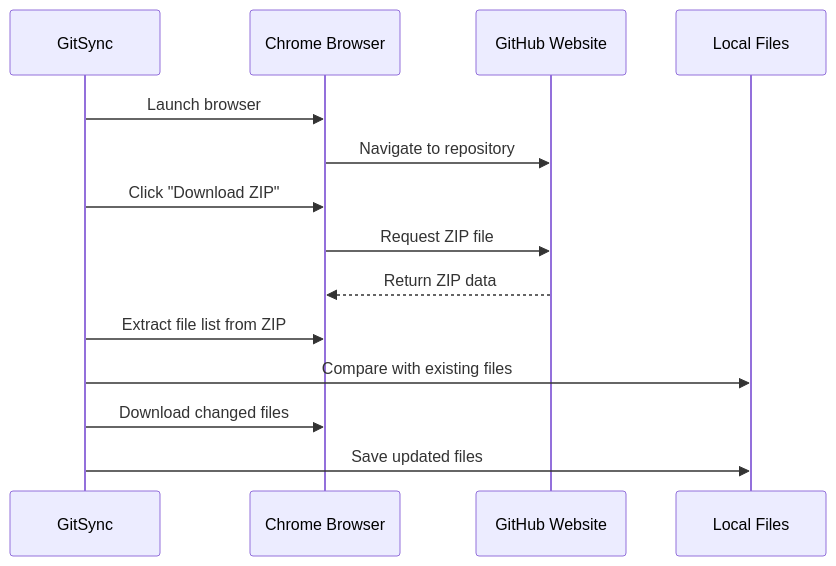
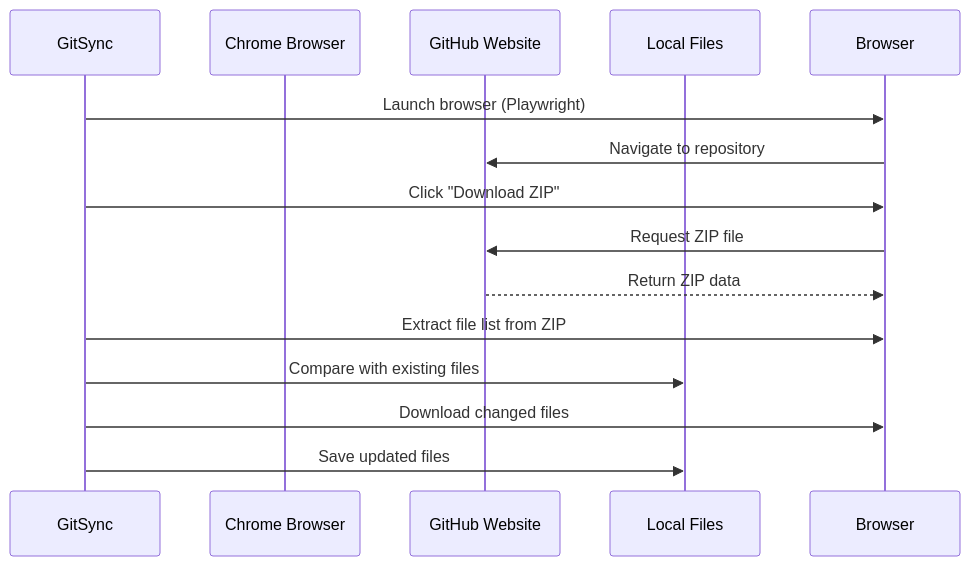
Before and after one commit to nevedomski/gitBridge: the second of 2 diagrams in docs/user-guide/sync-methods.md, drawn with Mermaid. The commit also changed other lines of this file and 48 other files, not shown here.

````diff
--- a/docs/user-guide/sync-methods.md
+++ b/docs/user-guide/sync-methods.md
@@ -109,17 +109,17 @@
 ```mermaid
 sequenceDiagram
     participant GitSync
     participant Chrome Browser
     participant GitHub Website
     participant Local Files
     
-    GitSync->>Chrome Browser: Launch browser
-    Chrome Browser->>GitHub Website: Navigate to repository
-    GitSync->>Chrome Browser: Click "Download ZIP"
-    Chrome Browser->>GitHub Website: Request ZIP file
-    GitHub Website-->>Chrome Browser: Return ZIP data
-    GitSync->>Chrome Browser: Extract file list from ZIP
+    GitSync->>Browser: Launch browser (Playwright)
+    Browser->>GitHub Website: Navigate to repository
+    GitSync->>Browser: Click "Download ZIP"
+    Browser->>GitHub Website: Request ZIP file
+    GitHub Website-->>Browser: Return ZIP data
+    GitSync->>Browser: Extract file list from ZIP
     GitSync->>Local Files: Compare with existing files
-    GitSync->>Chrome Browser: Download changed files
+    GitSync->>Browser: Download changed files
     GitSync->>Local Files: Save updated files
 ```
````
